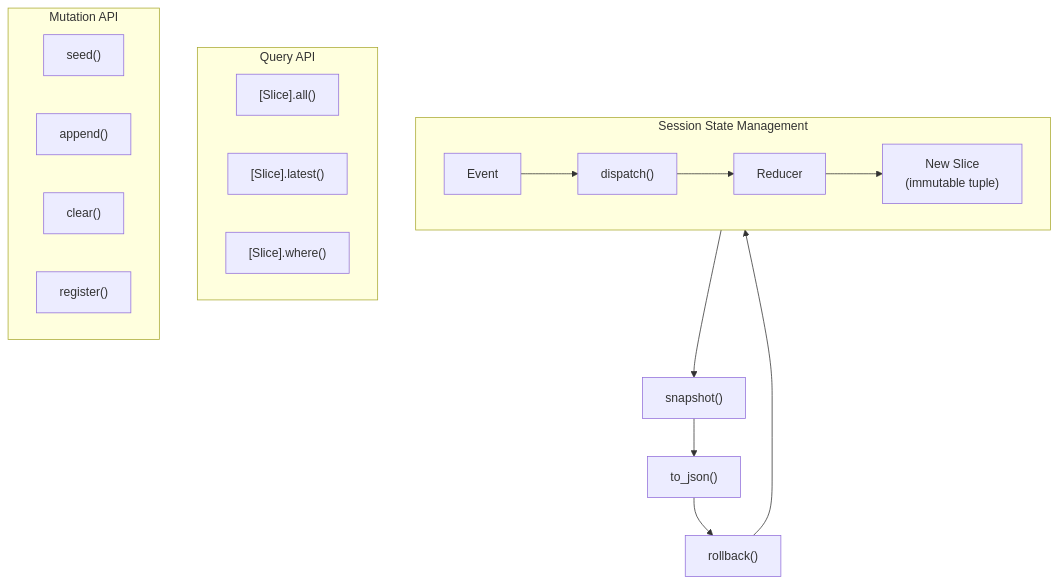
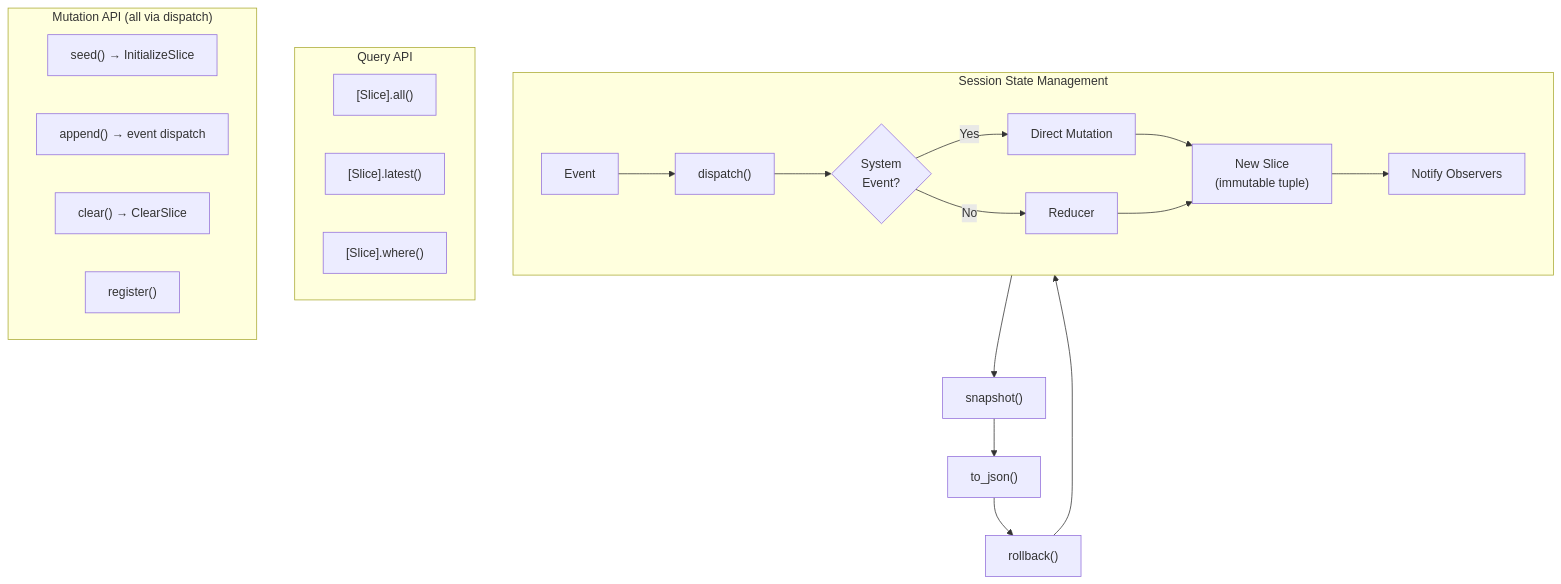
One commit to weakincentives/weakincentives changed the first of 2 diagrams in specs/SESSIONS.md. Above: the diagram before and after it, drawn with Mermaid. The commit also changed other lines of this file and 20 other files, not shown here.

First line of the commit message:
Unify mutation surface around dispatch-only model

````diff
--- a/specs/SESSIONS.md
+++ b/specs/SESSIONS.md
@@ -21,26 +21,30 @@
 ```mermaid
 flowchart TB
     subgraph Session["Session State Management"]
         Event["Event"] --> Dispatch["dispatch()"]
-        Dispatch --> Reducer["Reducer"]
-        Reducer --> NewSlice["New Slice<br/>(immutable tuple)"]
+        Dispatch --> SystemCheck{"System<br/>Event?"}
+        SystemCheck -->|Yes| DirectMutation["Direct Mutation"]
+        SystemCheck -->|No| Reducer["Reducer"]
+        DirectMutation --> NewSlice["New Slice<br/>(immutable tuple)"]
+        Reducer --> NewSlice
+        NewSlice --> Observers["Notify Observers"]
     end
 
     subgraph Query["Query API"]
         All["[Slice].all()"]
         Latest["[Slice].latest()"]
         Where["[Slice].where()"]
     end
 
-    subgraph Mutate["Mutation API"]
-        Seed["seed()"]
-        Append["append()"]
-        Clear["clear()"]
+    subgraph Mutate["Mutation API (all via dispatch)"]
+        Seed["seed() → InitializeSlice"]
+        Append["append() → event dispatch"]
+        Clear["clear() → ClearSlice"]
         Register["register()"]
     end
 
     Session --> Snapshot["snapshot()"]
     Snapshot --> JSON["to_json()"]
     JSON --> Restore["rollback()"]
     Restore --> Session
 ```
````
